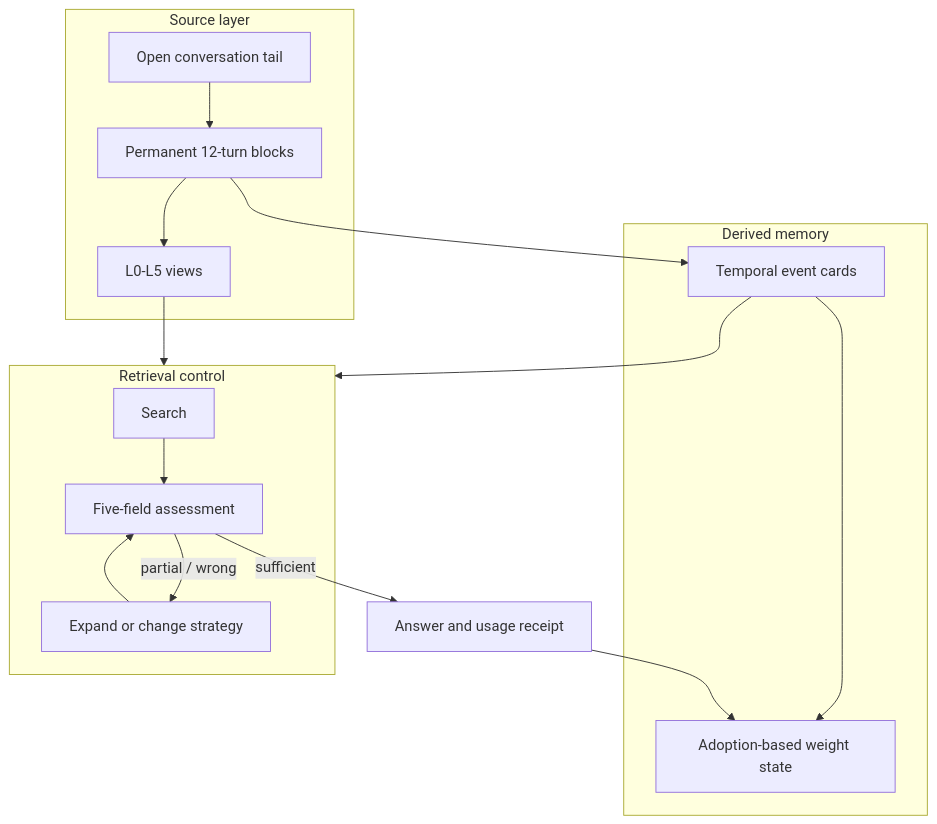
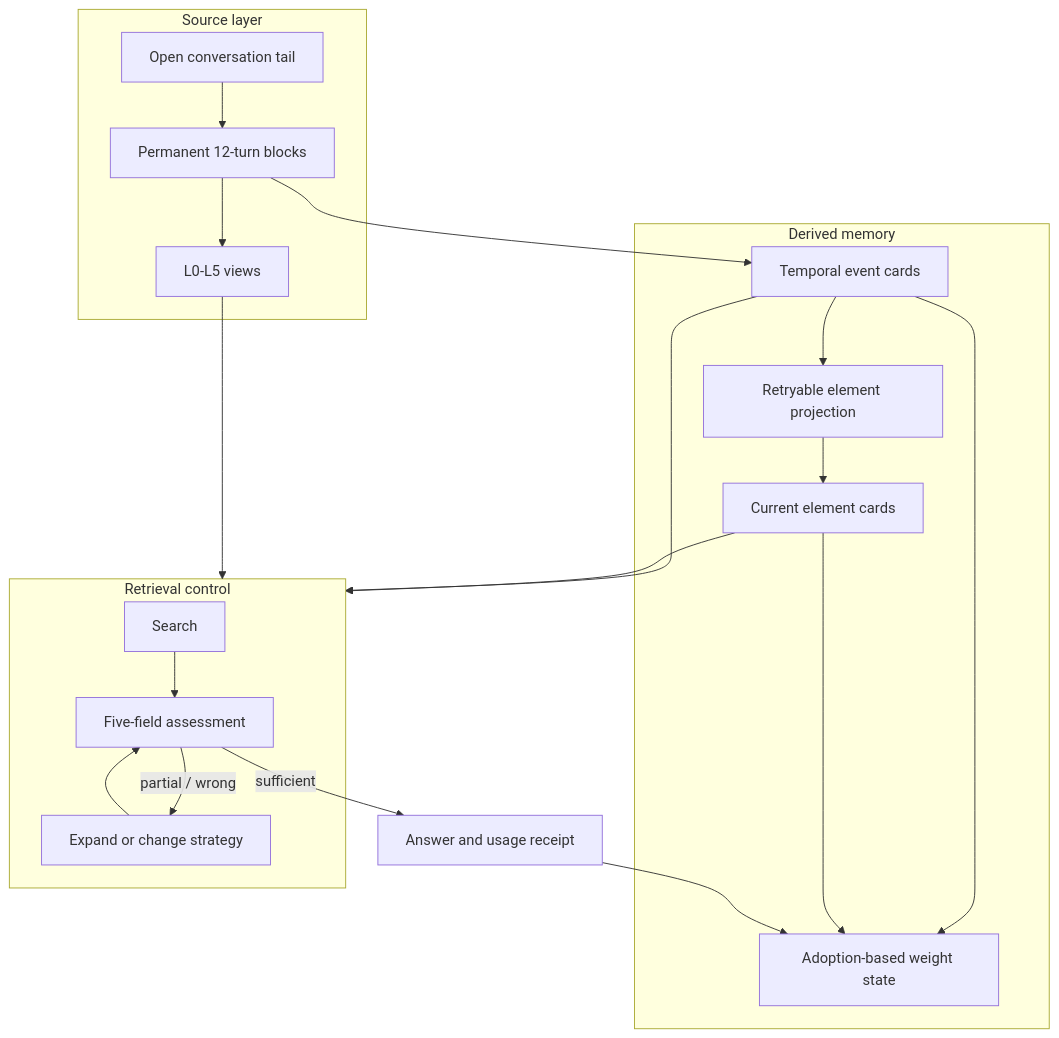
Before and after one commit to Triple3h/StrataGate-AgentMemory: the diagram in docs/ARCHITECTURE.md, drawn with Mermaid. The commit also changed other lines of this file and 14 other files, not shown here.

Commit message:
Add element projection and hybrid retrieval (#12)

````diff
--- a/docs/ARCHITECTURE.md
+++ b/docs/ARCHITECTURE.md
@@ -7,30 +7,35 @@
 ```mermaid
 flowchart TB
     subgraph Source["Source layer"]
       T["Open conversation tail"]
       B["Permanent 12-turn blocks"]
       L["L0-L5 views"]
       T --> B --> L
     end
 
     subgraph Derived["Derived memory"]
       E["Temporal event cards"]
+      P["Retryable element projection"]
+      C["Current element cards"]
       W["Adoption-based weight state"]
+      E --> P --> C
       E --> W
+      C --> W
     end
 
     subgraph Retrieval["Retrieval control"]
       S["Search"]
       A["Five-field assessment"]
       X["Expand or change strategy"]
       S --> A
       A -->|"partial / wrong"| X
       X --> A
     end
 
     B --> E
     L --> Retrieval
     E --> Retrieval
+    C --> Retrieval
     A -->|"sufficient"| U["Answer and usage receipt"]
     U --> W
 ```
````
